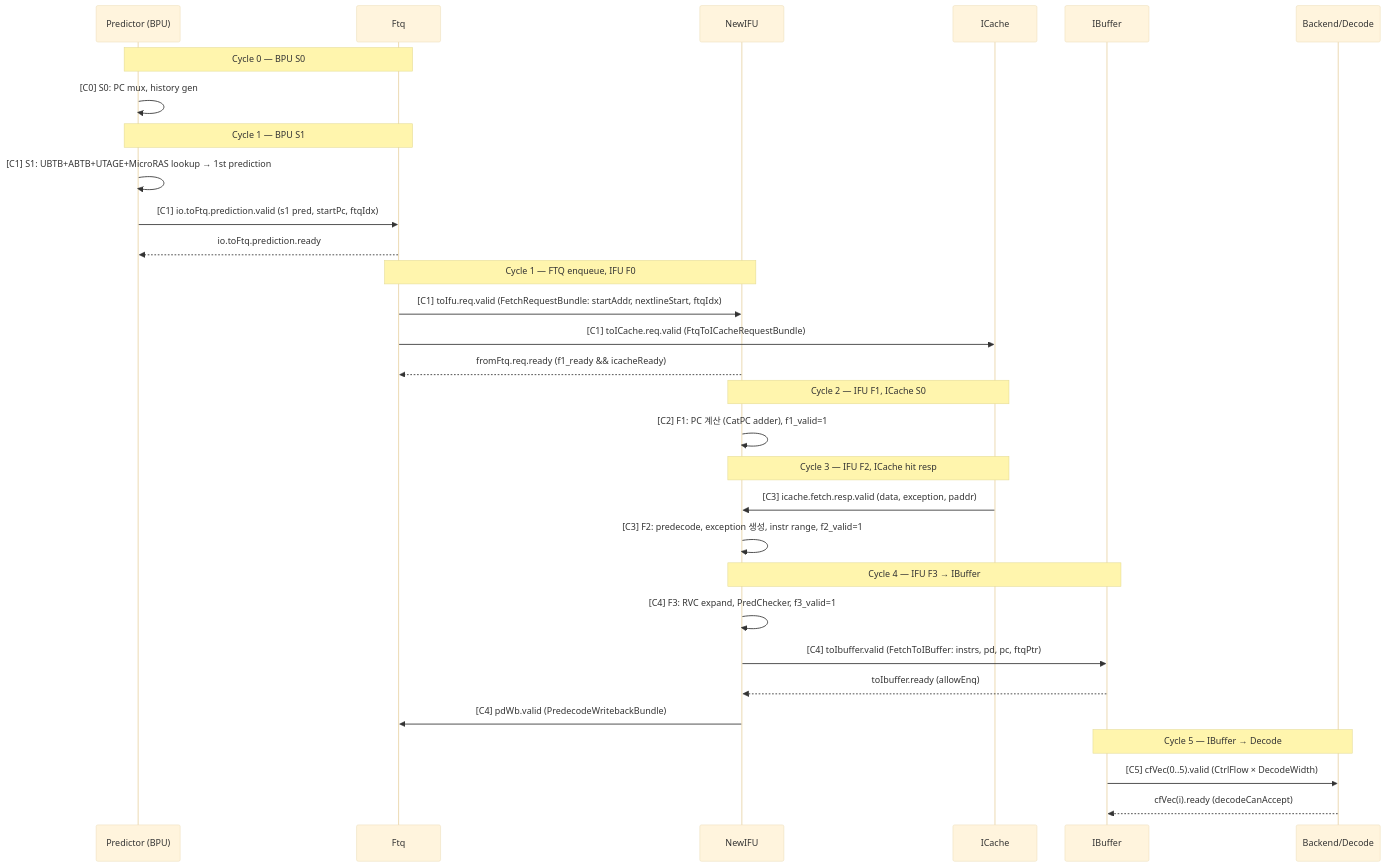
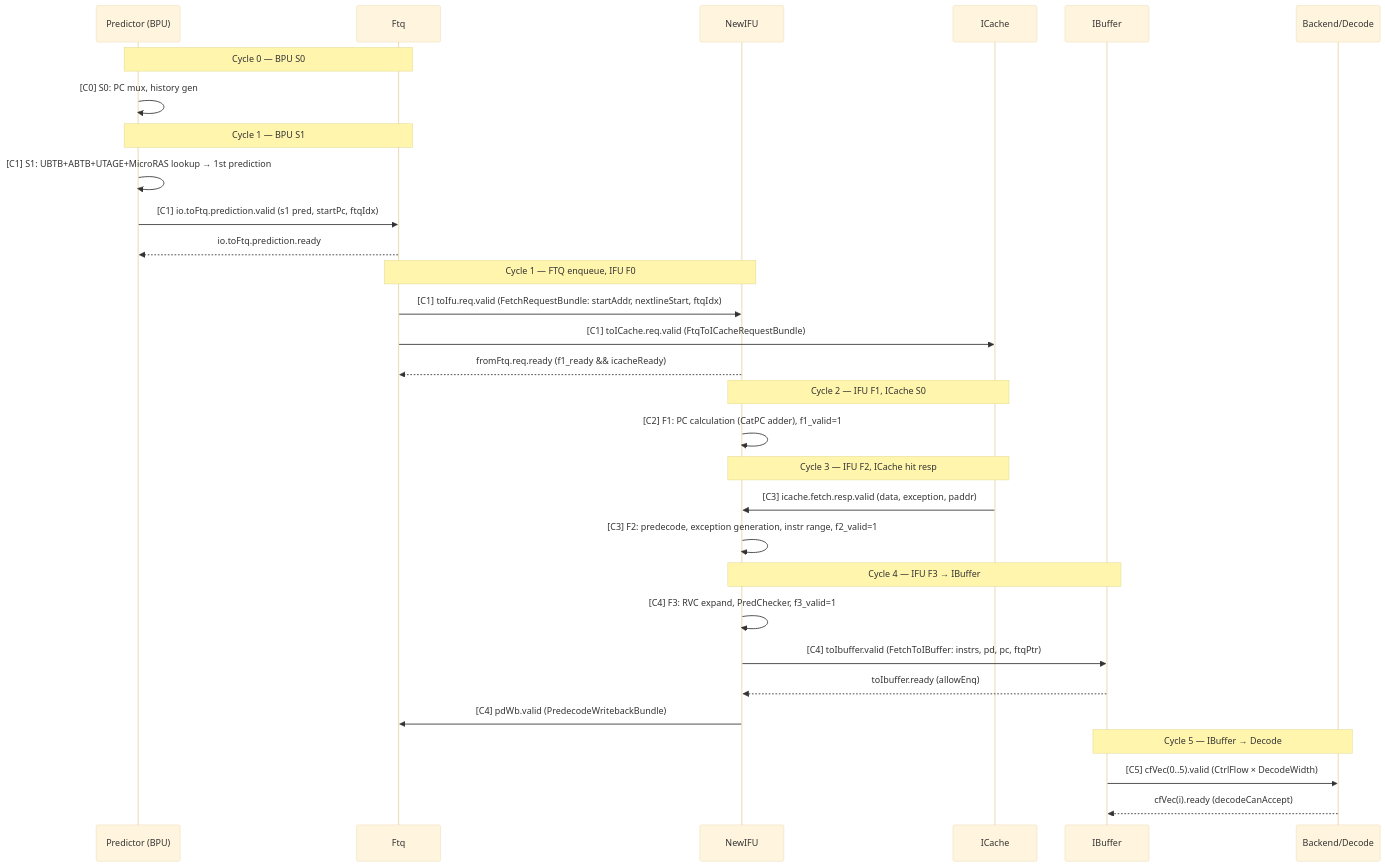
Before and after one commit to cinkeun/CPU_XS_02172026: the first of 7 diagrams in src/main/scala/xiangshan/frontend/doc/frontend_in_out_seq_diagram.md, drawn with Mermaid (base theme). The commit also changed other lines of this file and 15 other files, not shown here.

````diff
--- a/src/main/scala/xiangshan/frontend/doc/frontend_in_out_seq_diagram.md
+++ b/src/main/scala/xiangshan/frontend/doc/frontend_in_out_seq_diagram.md
@@ -51,39 +51,39 @@
 ```mermaid
 sequenceDiagram
   participant BPU as Predictor (BPU)
   participant FTQ as Ftq
   participant IFU as NewIFU
   participant IC  as ICache
   participant IBuf as IBuffer
   participant BE  as Backend/Decode
 
   Note over BPU,FTQ: Cycle 0 — BPU S0
   BPU->>BPU: [C0] S0: PC mux, history gen
 
   Note over BPU,FTQ: Cycle 1 — BPU S1
   BPU->>BPU: [C1] S1: UBTB+ABTB+UTAGE+MicroRAS lookup → 1st prediction
   BPU->>FTQ: [C1] io.toFtq.prediction.valid (s1 pred, startPc, ftqIdx)
   FTQ-->>BPU: io.toFtq.prediction.ready
 
   Note over FTQ,IFU: Cycle 1 — FTQ enqueue, IFU F0
   FTQ->>IFU: [C1] toIfu.req.valid (FetchRequestBundle: startAddr, nextlineStart, ftqIdx)
   FTQ->>IC:  [C1] toICache.req.valid (FtqToICacheRequestBundle)
   IFU-->>FTQ: fromFtq.req.ready (f1_ready && icacheReady)
 
   Note over IFU,IC: Cycle 2 — IFU F1, ICache S0
-  IFU->>IFU: [C2] F1: PC 계산 (CatPC adder), f1_valid=1
+IFU->>IFU: [C2] F1: PC calculation (CatPC adder), f1_valid=1
 
   Note over IFU,IC: Cycle 3 — IFU F2, ICache hit resp
   IC->>IFU: [C3] icache.fetch.resp.valid (data, exception, paddr)
-  IFU->>IFU: [C3] F2: predecode, exception 생성, instr range, f2_valid=1
+IFU->>IFU: [C3] F2: predecode, exception generation, instr range, f2_valid=1
 
   Note over IFU,IBuf: Cycle 4 — IFU F3 → IBuffer
   IFU->>IFU: [C4] F3: RVC expand, PredChecker, f3_valid=1
   IFU->>IBuf: [C4] toIbuffer.valid (FetchToIBuffer: instrs, pd, pc, ftqPtr)
   IBuf-->>IFU: toIbuffer.ready (allowEnq)
   IFU->>FTQ:  [C4] pdWb.valid (PredecodeWritebackBundle)
 
   Note over IBuf,BE: Cycle 5 — IBuffer → Decode
   IBuf->>BE: [C5] cfVec(0..5).valid (CtrlFlow × DecodeWidth)
   BE-->>IBuf: cfVec(i).ready (decodeCanAccept)
 ```
````
